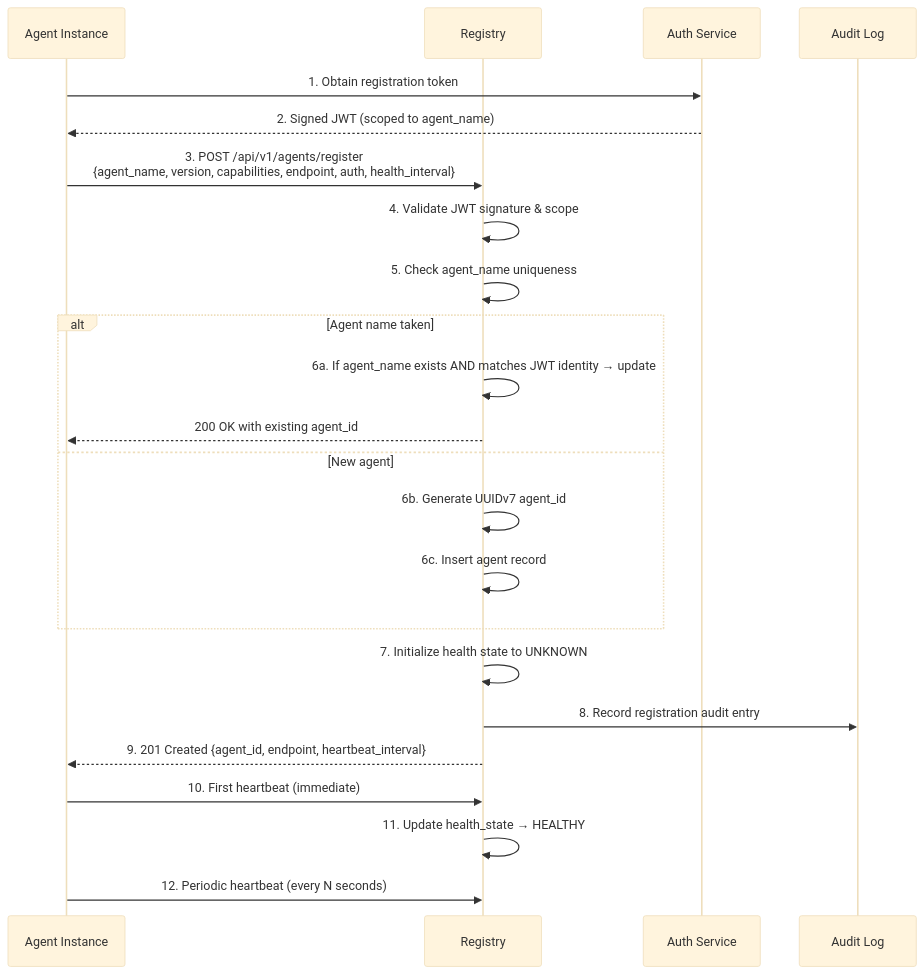
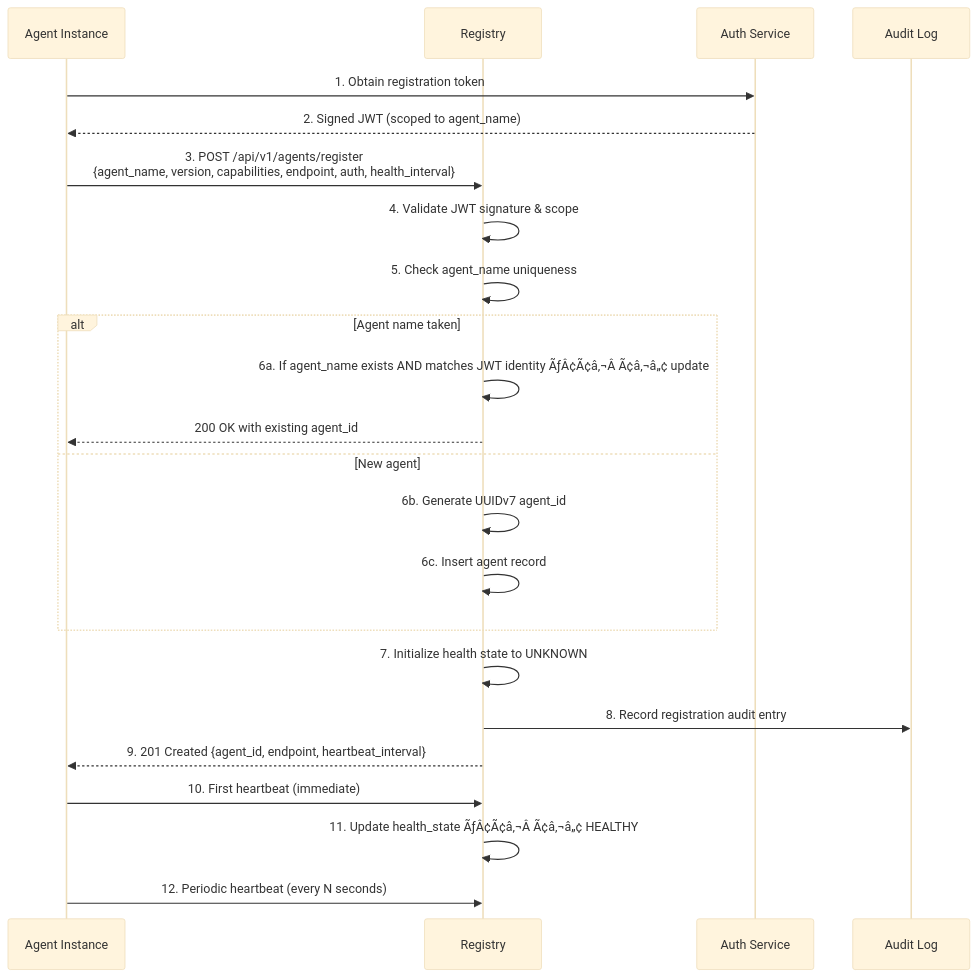
One commit to rohitkumarnaidu/Portfolio changed the fifth of 14 diagrams in docs/08-ai/AgentRegistry.md. Above: the diagram before and after it, drawn with Mermaid (base theme). The commit also changed other lines of this file and 343 other files, not shown here.

First line of the commit message:
docs: add Mermaid diagrams across 140+ files — 38% -> 70% coverage

````diff
--- a/docs/08-ai/AgentRegistry.md
+++ b/docs/08-ai/AgentRegistry.md
@@ -440,30 +435,30 @@
 ```mermaid
 sequenceDiagram
     participant Agent as Agent Instance
     participant Reg as Registry
     participant Auth as Auth Service
     participant Audit as Audit Log
 
     Agent->>Auth: 1. Obtain registration token
     Auth-->>Agent: 2. Signed JWT (scoped to agent_name)
 
     Agent->>Reg: 3. POST /api/v1/agents/register<br/>{agent_name, version, capabilities, endpoint, auth, health_interval}
     Reg->>Reg: 4. Validate JWT signature & scope
     Reg->>Reg: 5. Check agent_name uniqueness
 
     alt Agent name taken
-        Reg->>Reg: 6a. If agent_name exists AND matches JWT identity → update
+        Reg->>Reg: 6a. If agent_name exists AND matches JWT identity ÃƒÂ¢Ã¢â‚¬Â Ã¢â‚¬â„¢ update
         Reg-->>Agent: 200 OK with existing agent_id
     else New agent
         Reg->>Reg: 6b. Generate UUIDv7 agent_id
         Reg->>Reg: 6c. Insert agent record
     end
 
     Reg->>Reg: 7. Initialize health state to UNKNOWN
     Reg->>Audit: 8. Record registration audit entry
     Reg-->>Agent: 9. 201 Created {agent_id, endpoint, heartbeat_interval}
 
     Agent->>Reg: 10. First heartbeat (immediate)
-    Reg->>Reg: 11. Update health_state → HEALTHY
+    Reg->>Reg: 11. Update health_state ÃƒÂ¢Ã¢â‚¬Â Ã¢â‚¬â„¢ HEALTHY
     Agent->>Reg: 12. Periodic heartbeat (every N seconds)
 ```
````
